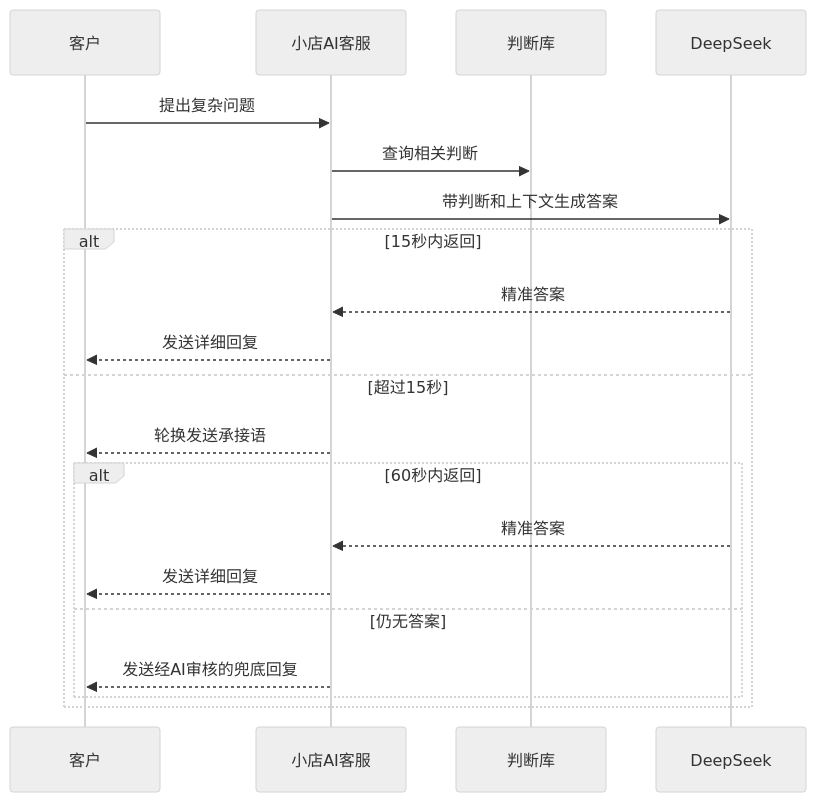
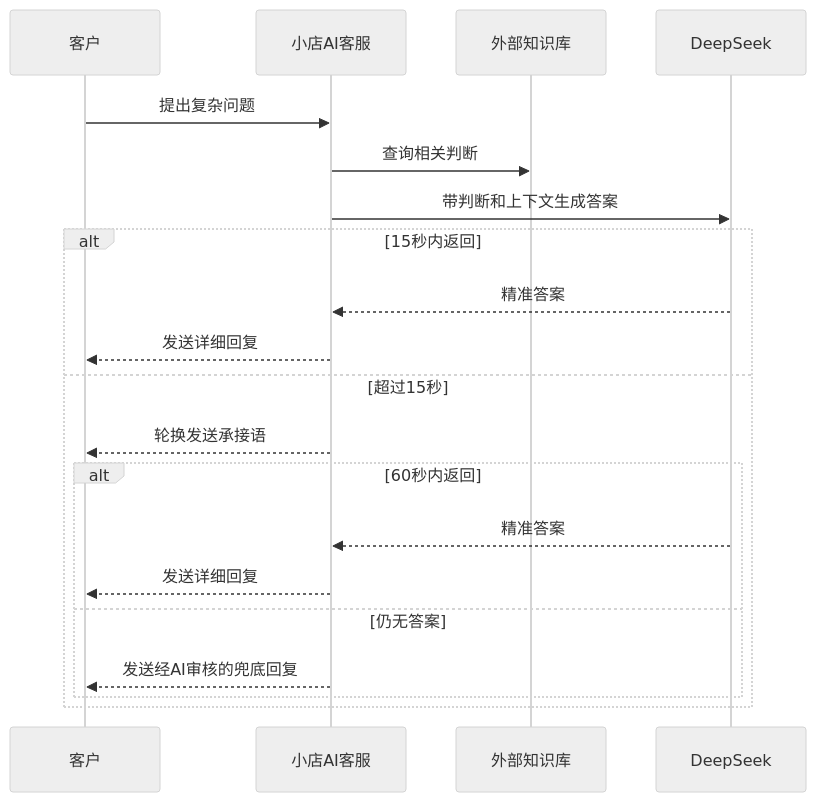
Before and after one commit to JahanHe/wechat-autoreply: the seventh of 9 diagrams in docs/project-journey.md, drawn with Mermaid (neutral theme). The commit also changed other lines of this file and 43 other files, not shown here.

````diff
--- a/docs/project-journey.md
+++ b/docs/project-journey.md
@@ -382,23 +382,23 @@
 ```mermaid
 sequenceDiagram
   participant Customer as 客户
   participant Bot as 小店AI客服
-  participant Library as 判断库
+  participant Library as 外部知识库
   participant AI as DeepSeek
 
   Customer->>Bot: 提出复杂问题
   Bot->>Library: 查询相关判断
   Bot->>AI: 带判断和上下文生成答案
   alt 15秒内返回
     AI-->>Bot: 精准答案
     Bot-->>Customer: 发送详细回复
   else 超过15秒
     Bot-->>Customer: 轮换发送承接语
     alt 60秒内返回
       AI-->>Bot: 精准答案
       Bot-->>Customer: 发送详细回复
     else 仍无答案
       Bot-->>Customer: 发送经AI审核的兜底回复
     end
   end
 ```
````
